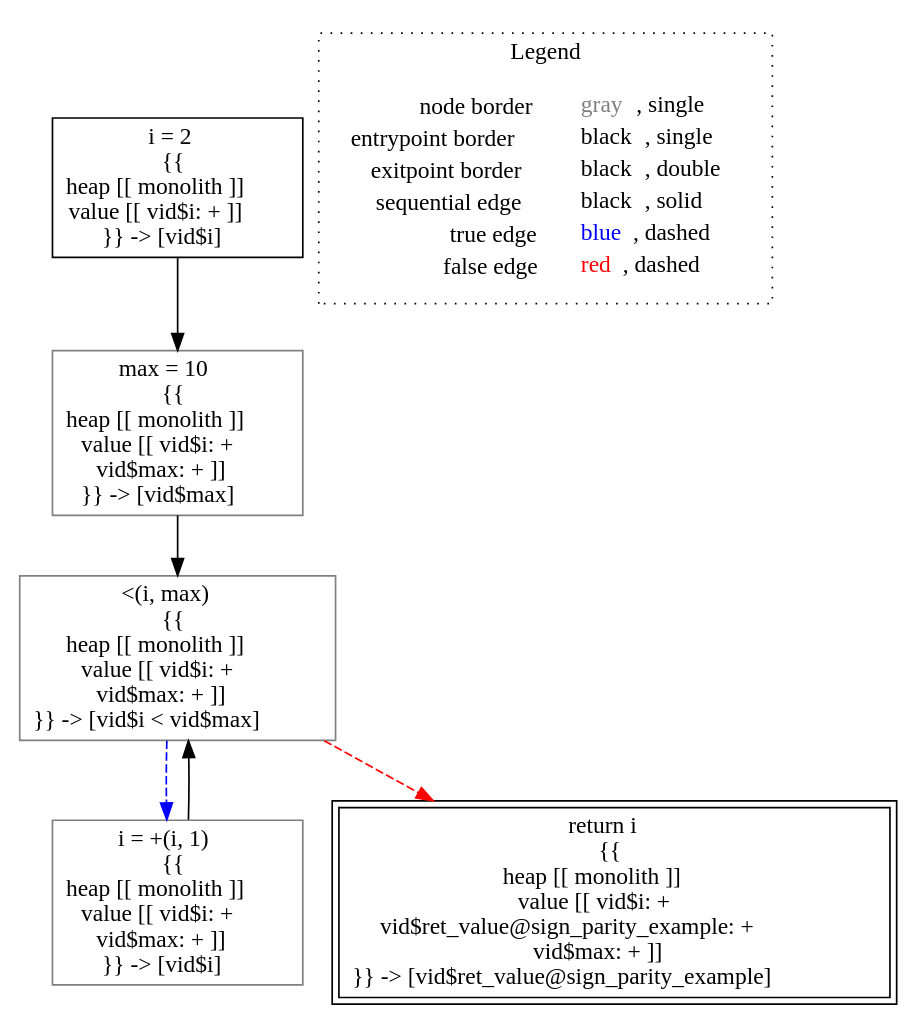
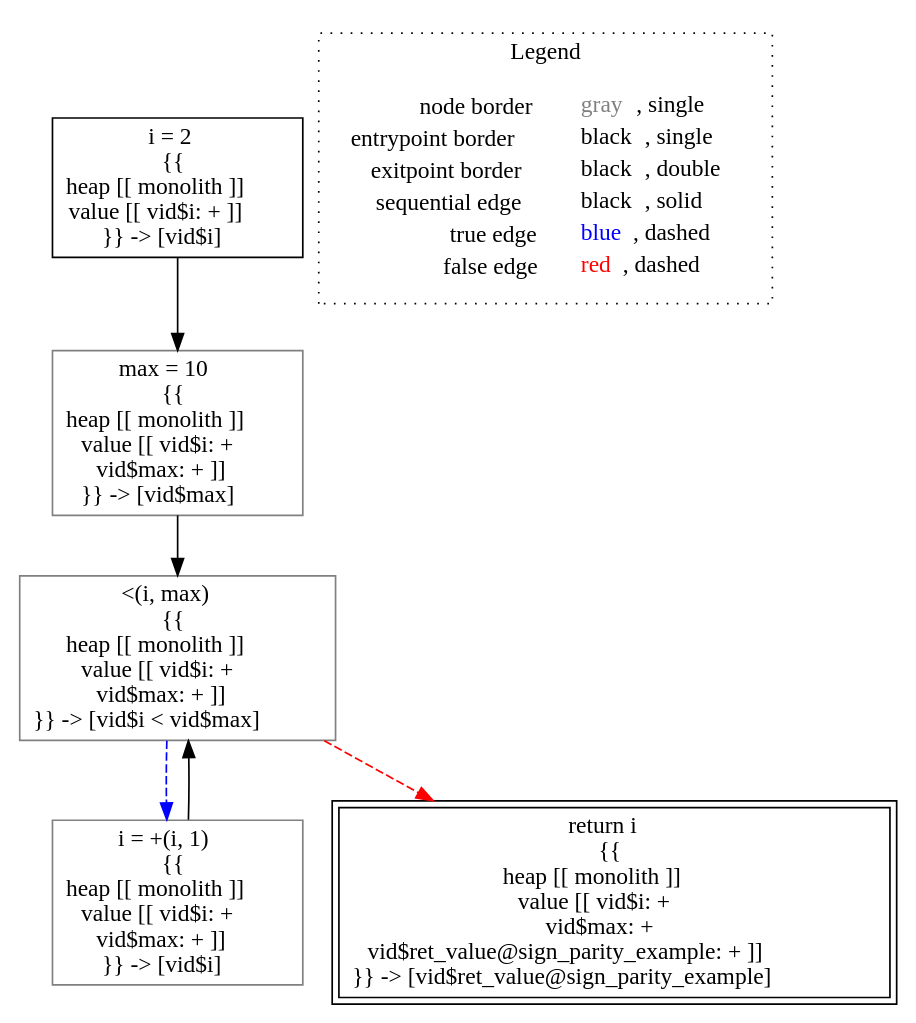
One commit to lisa-analyzer/lisa changed the diagram in lisa/imp-testcases/sign/analysis___untyped_tutorial.sign_parity_example().dot. Above: the diagram before and after it, drawn with Graphviz. The commit also changed 29 other files, not shown here.

```diff
--- a/lisa/imp-testcases/sign/analysis___untyped_tutorial.sign_parity_example().dot
+++ b/lisa/imp-testcases/sign/analysis___untyped_tutorial.sign_parity_example().dot
@@ -1,19 +1,19 @@
 digraph {
 	"node0" [shape="rect",color="black",label=<i = 2<BR/>{{<BR/>heap [[ monolith ]]<BR/>value [[ vid$i: + ]]<BR/>}} -&gt; [vid$i]>];
-	"node1" [shape="rect",color="gray",label=<&lt;(i, max)<BR/>{{<BR/>heap [[ monolith ]]<BR/>value [[ vid$i: +<BR/>vid$max: + ]]<BR/>}} -&gt; [vid$i &lt; vid$max]>];
-	"node2" [shape="rect",color="gray",label=<i = +(i, 1)<BR/>{{<BR/>heap [[ monolith ]]<BR/>value [[ vid$i: +<BR/>vid$max: + ]]<BR/>}} -&gt; [vid$i]>];
-	"node3" [shape="rect",color="gray",label=<max = 10<BR/>{{<BR/>heap [[ monolith ]]<BR/>value [[ vid$i: +<BR/>vid$max: + ]]<BR/>}} -&gt; [vid$max]>];
-	"node4" [shape="rect",color="black",peripheries="2",label=<return i<BR/>{{<BR/>heap [[ monolith ]]<BR/>value [[ vid$i: +<BR/>vid$ret_value@sign_parity_example: +<BR/>vid$max: + ]]<BR/>}} -&gt; [vid$ret_value@sign_parity_example]>];
-	"node1" -> "node2" [color="blue",style="dashed"];
-	"node1" -> "node4" [color="red",style="dashed"];
-	"node2" -> "node1" [color="black"];
-	"node3" -> "node1" [color="black"];
-	"node0" -> "node3" [color="black"];
+	"node1" [shape="rect",color="gray",label=<i = +(i, 1)<BR/>{{<BR/>heap [[ monolith ]]<BR/>value [[ vid$i: +<BR/>vid$max: + ]]<BR/>}} -&gt; [vid$i]>];
+	"node2" [shape="rect",color="gray",label=<max = 10<BR/>{{<BR/>heap [[ monolith ]]<BR/>value [[ vid$i: +<BR/>vid$max: + ]]<BR/>}} -&gt; [vid$max]>];
+	"node3" [shape="rect",color="black",peripheries="2",label=<return i<BR/>{{<BR/>heap [[ monolith ]]<BR/>value [[ vid$i: +<BR/>vid$max: +<BR/>vid$ret_value@sign_parity_example: + ]]<BR/>}} -&gt; [vid$ret_value@sign_parity_example]>];
+	"node4" [shape="rect",color="gray",label=<&lt;(i, max)<BR/>{{<BR/>heap [[ monolith ]]<BR/>value [[ vid$i: +<BR/>vid$max: + ]]<BR/>}} -&gt; [vid$i &lt; vid$max]>];
+	"node1" -> "node4" [color="black"];
+	"node0" -> "node2" [color="black"];
+	"node2" -> "node4" [color="black"];
+	"node4" -> "node1" [color="blue",style="dashed"];
+	"node4" -> "node3" [color="red",style="dashed"];
 subgraph cluster_legend {
 	label="Legend";
 	style=dotted;
 	node [shape=plaintext];
 	"legend" [label=<<table border="0" cellpadding="2" cellspacing="0" cellborder="0"><tr><td align="right">node border&nbsp;</td><td align="left"><font color="gray">gray</font>, single</td></tr><tr><td align="right">entrypoint border&nbsp;</td><td align="left"><font color="black">black</font>, single</td></tr><tr><td align="right">exitpoint border&nbsp;</td><td align="left"><font color="black">black</font>, double</td></tr><tr><td align="right">sequential edge&nbsp;</td><td align="left"><font color="black">black</font>, solid</td></tr><tr><td align="right">true edge&nbsp;</td><td align="left"><font color="blue">blue</font>, dashed</td></tr><tr><td align="right">false edge&nbsp;</td><td align="left"><font color="red">red</font>, dashed</td></tr></table>>];
 }
 
 }
```
